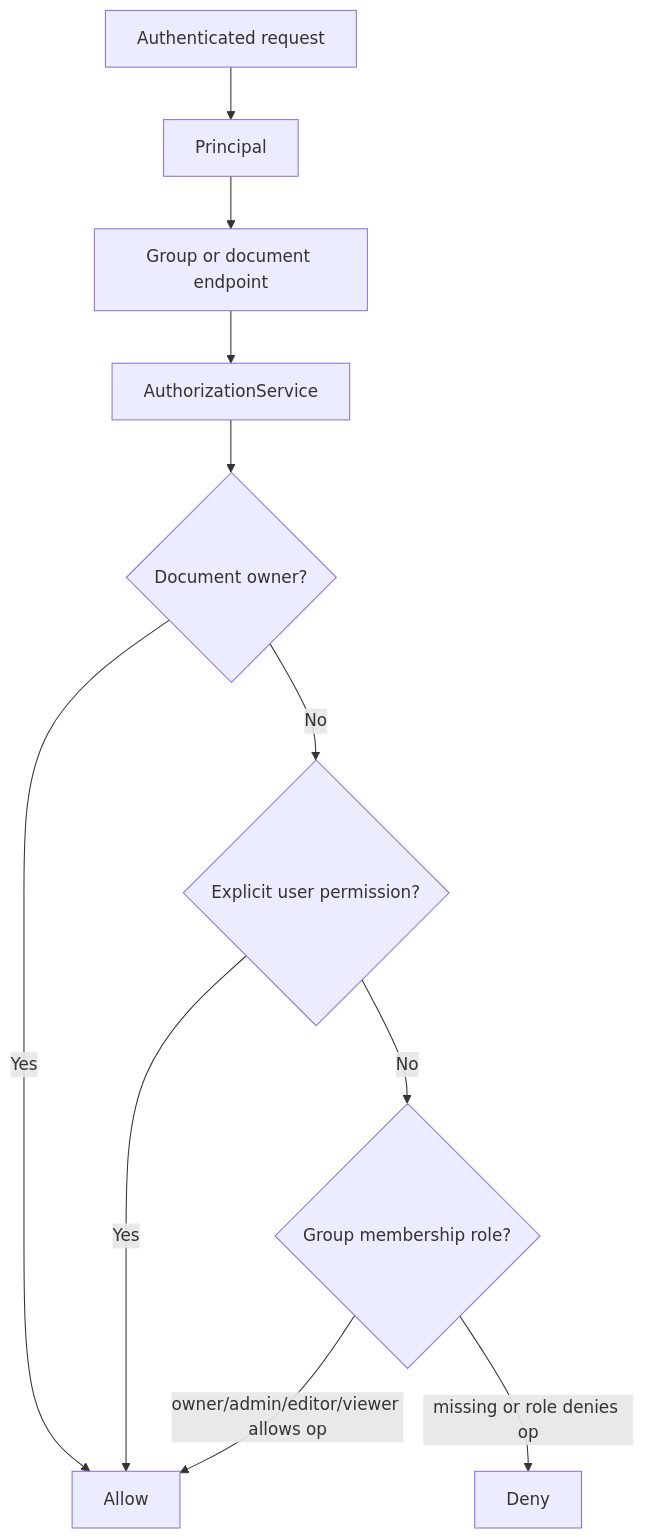
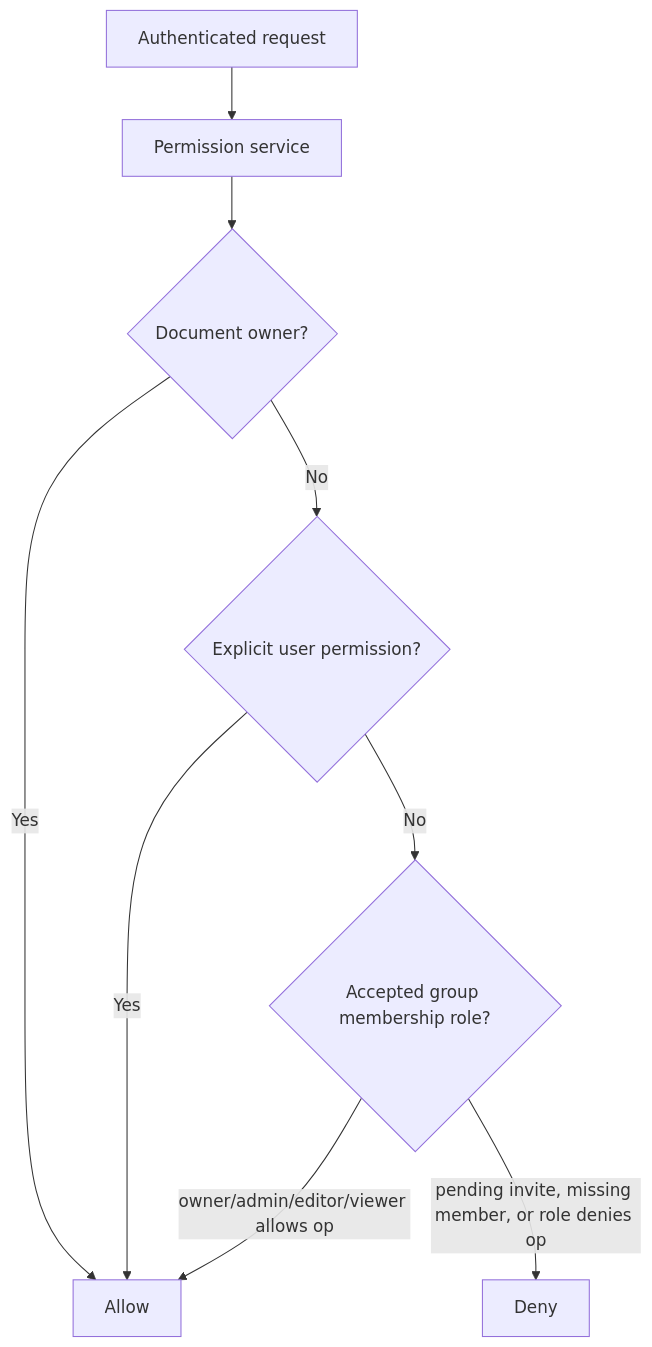
One commit to heecheon92/my-agents changed the diagram in docs/product-chat-service/en/03-group-document-permissions.md. Above: the diagram before and after it, drawn with Mermaid. The commit also changed other lines of this file and 24 other files, not shown here.

````diff
--- a/docs/product-chat-service/en/03-group-document-permissions.md
+++ b/docs/product-chat-service/en/03-group-document-permissions.md
@@ -38,13 +57,11 @@
 ```mermaid
 flowchart TD
-    Request[Authenticated request] --> Principal[Principal]
-    Principal --> Endpoint[Group or document endpoint]
-    Endpoint --> Authz[AuthorizationService]
+    Request[Authenticated request] --> Authz[Permission service]
     Authz --> Owner{Document owner?}
     Owner -->|Yes| Allow[Allow]
     Owner -->|No| Explicit{Explicit user permission?}
     Explicit -->|Yes| Allow
-    Explicit -->|No| Group{Group membership role?}
+    Explicit -->|No| Group{Accepted group membership role?}
     Group -->|owner/admin/editor/viewer allows op| Allow
-    Group -->|missing or role denies op| Deny[Deny]
+    Group -->|pending invite, missing member, or role denies op| Deny[Deny]
 ```
````
